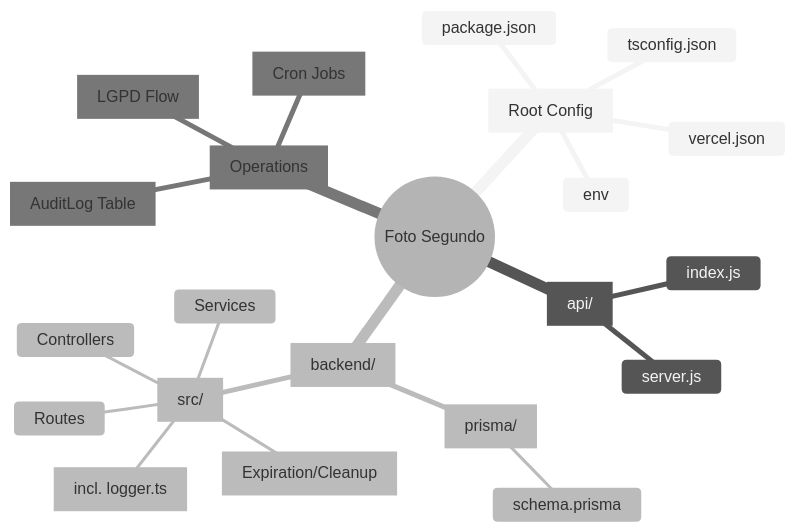
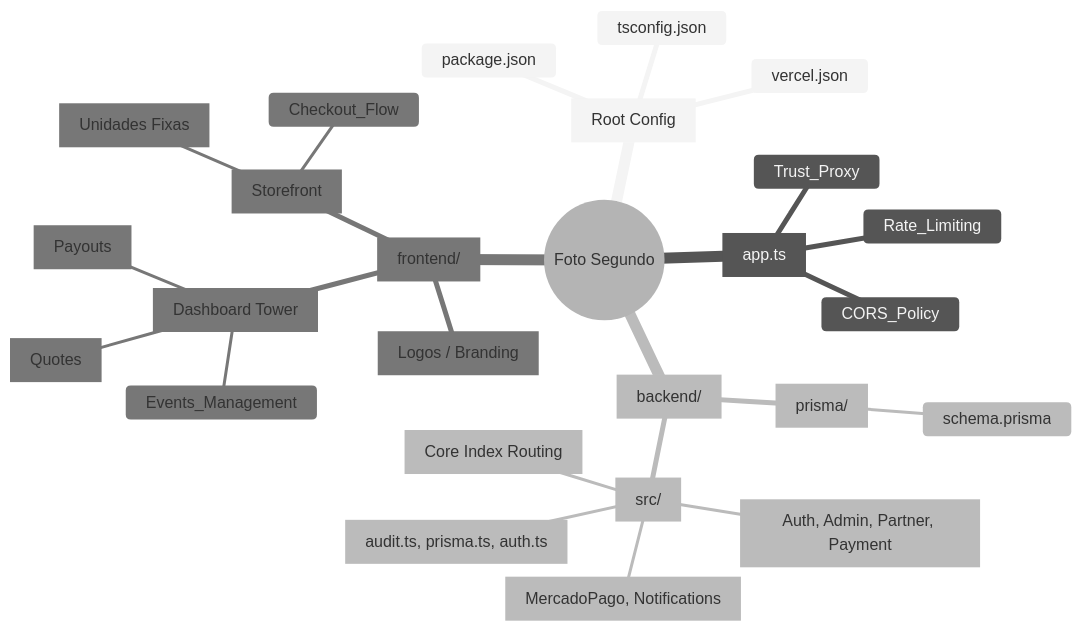
One commit to entrelenteselugares/FS changed the diagram in ANOTAÇÕES/system_mind_map.md. Above: the diagram before and after it, drawn with Mermaid (neutral theme). The commit also changed other lines of this file and 53 other files, not shown here.

````diff
--- a/ANOTAÇÕES/system_mind_map.md
+++ b/ANOTAÇÕES/system_mind_map.md
@@ -7,25 +7,29 @@
 ```mermaid
 mindmap
   root((Foto Segundo))
     Configurações [Root Config]
       package.json
       vercel.json
       tsconfig.json
-      env
-    Infra_Vercel [api/]
-      index.js
-      server.js
+    Infra_Servidor [app.ts]
+      Rate_Limiting
+      Trust_Proxy
+      CORS_Policy
     Backend_Express [backend/]
       Prisma_DB [prisma/]
         schema.prisma
       Src_Logic [src/]
-        Controllers
-        Routes
-        Lib_Utils [incl. logger.ts]
-        Services
-        Jobs [Expiration/Cleanup]
-    Infrastructure [Operations]
-      Audit_Trail [AuditLog Table]
-      Security [LGPD Flow]
-      Automations [Cron Jobs]
+        Controllers [Auth, Admin, Partner, Payment]
+        Routes [Core Index Routing]
+        Lib [audit.ts, prisma.ts, auth.ts]
+        Services [MercadoPago, Notifications]
+    Frontend_React [frontend/]
+      Public_Assets [Logos / Branding]
+      Administrative [Dashboard Tower]
+        Events_Management
+        Lead_Machine [Quotes]
+        Financial_Uber_Style [Payouts]
+      Public_Pages [Storefront]
+        Landing_Pages [Unidades Fixas]
+        Checkout_Flow
 ```
````
